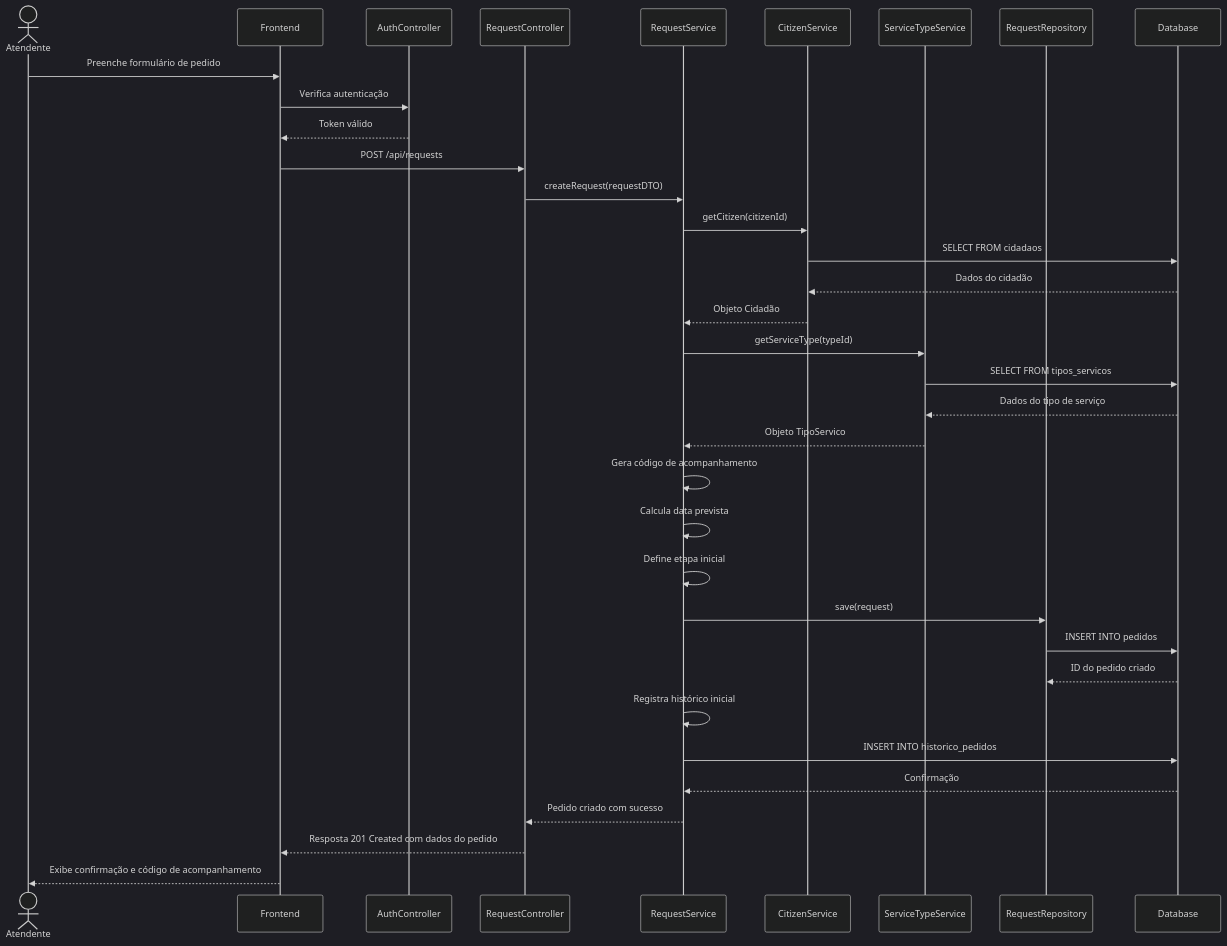
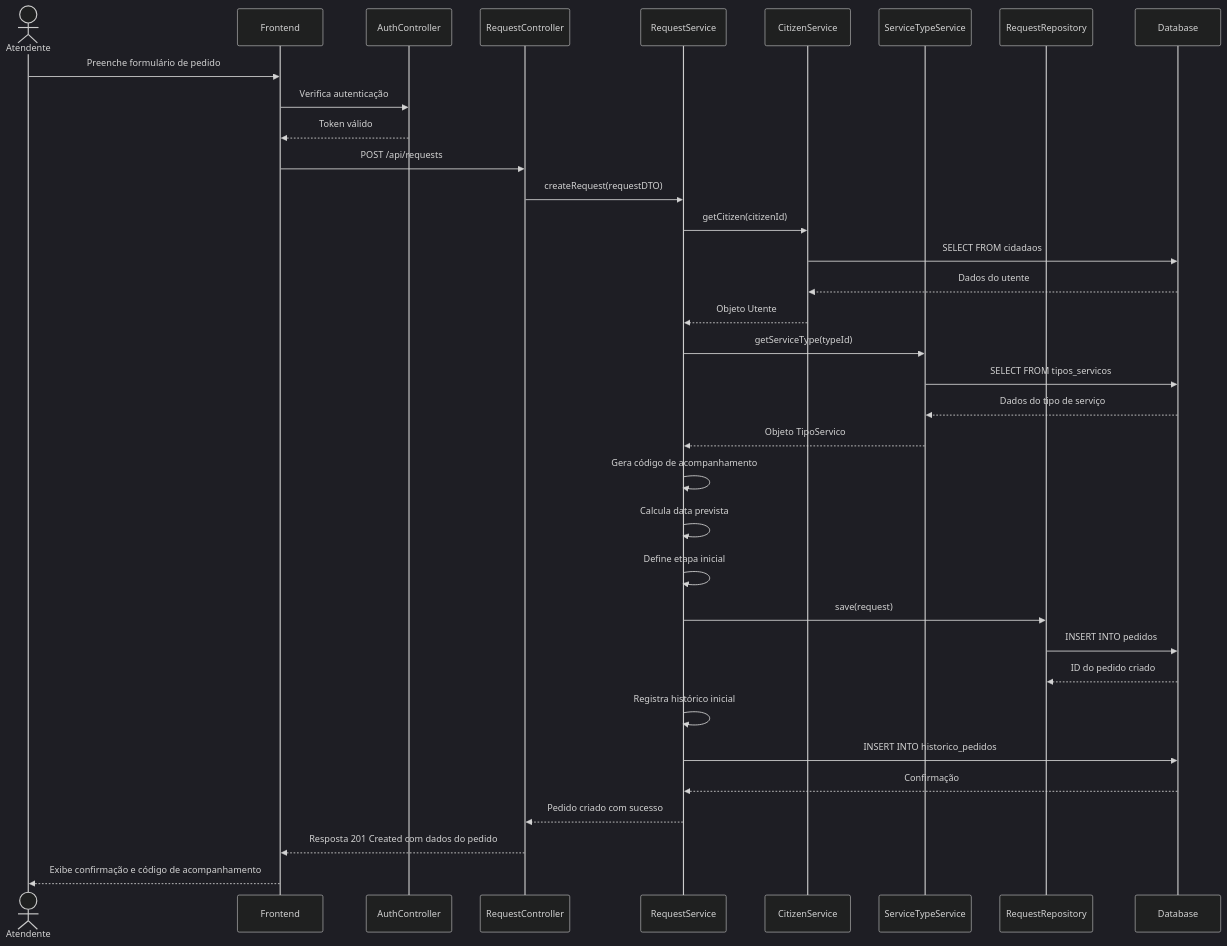
Before and after one commit to tchspprtcv/simple: the first of 5 diagrams in docs/dev/sequence_diagrams.md, drawn with Mermaid (dark theme). The commit also changed other lines of this file and 152 other files, not shown here.

First line of the commit message:
refactor: migrate from monolith to microservices architecture

````diff
--- a/docs/dev/sequence_diagrams.md
+++ b/docs/dev/sequence_diagrams.md
@@ -9,45 +9,45 @@
 ```mermaid
 sequenceDiagram
     actor Atendente
     participant Frontend
     participant AuthController
     participant RequestController
     participant RequestService
     participant CitizenService
     participant ServiceTypeService
     participant RequestRepository
     participant Database
     
     Atendente->>Frontend: Preenche formulário de pedido
     Frontend->>AuthController: Verifica autenticação
     AuthController-->>Frontend: Token válido
     
     Frontend->>RequestController: POST /api/requests
     RequestController->>RequestService: createRequest(requestDTO)
     
     RequestService->>CitizenService: getCitizen(citizenId)
     CitizenService->>Database: SELECT FROM cidadaos
-    Database-->>CitizenService: Dados do cidadão
-    CitizenService-->>RequestService: Objeto Cidadão
+    Database-->>CitizenService: Dados do utente
+    CitizenService-->>RequestService: Objeto Utente
     
     RequestService->>ServiceTypeService: getServiceType(typeId)
     ServiceTypeService->>Database: SELECT FROM tipos_servicos
     Database-->>ServiceTypeService: Dados do tipo de serviço
     ServiceTypeService-->>RequestService: Objeto TipoServico
     
     RequestService->>RequestService: Gera código de acompanhamento
     RequestService->>RequestService: Calcula data prevista
     RequestService->>RequestService: Define etapa inicial
     
     RequestService->>RequestRepository: save(request)
     RequestRepository->>Database: INSERT INTO pedidos
     Database-->>RequestRepository: ID do pedido criado
     
     RequestService->>RequestService: Registra histórico inicial
     RequestService->>Database: INSERT INTO historico_pedidos
     Database-->>RequestService: Confirmação
     
     RequestService-->>RequestController: Pedido criado com sucesso
     RequestController-->>Frontend: Resposta 201 Created com dados do pedido
     Frontend-->>Atendente: Exibe confirmação e código de acompanhamento
 ```
````
